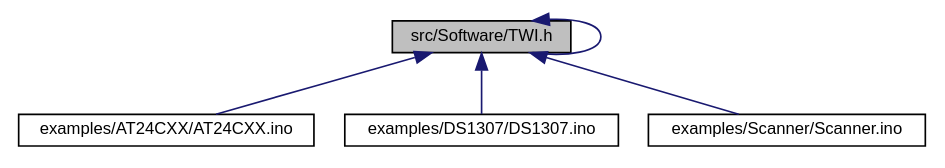
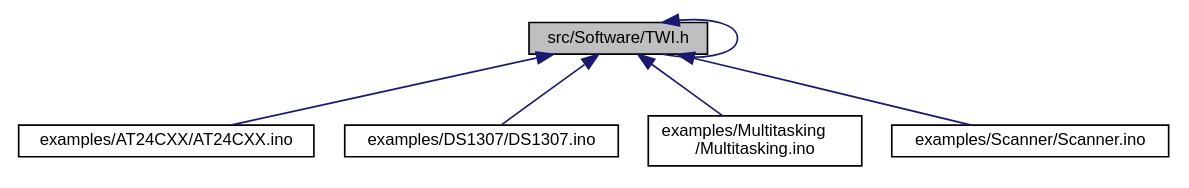
One commit to mikaelpatel/mikaelpatel.github.io changed the diagram in Arduino-TWI/d9/d8c/Software_2TWI_8h__dep__incl.dot. Above: the diagram before and after it, drawn with Graphviz. The commit also changed 170 other files, not shown here.

```diff
--- a/Arduino-TWI/d9/d8c/Software_2TWI_8h__dep__incl.dot
+++ b/Arduino-TWI/d9/d8c/Software_2TWI_8h__dep__incl.dot
@@ -1,13 +1,15 @@
 digraph "src/Software/TWI.h"
 {
   edge [fontname="Helvetica",fontsize="10",labelfontname="Helvetica",labelfontsize="10"];
   node [fontname="Helvetica",fontsize="10",shape=record];
   Node1 [label="src/Software/TWI.h",height=0.2,width=0.4,color="black", fillcolor="grey75", style="filled", fontcolor="black"];
   Node1 -> Node1 [dir="back",color="midnightblue",fontsize="10",style="solid",fontname="Helvetica"];
   Node1 -> Node2 [dir="back",color="midnightblue",fontsize="10",style="solid",fontname="Helvetica"];
   Node2 [label="examples/AT24CXX/AT24CXX.ino",height=0.2,width=0.4,color="black", fillcolor="white", style="filled",URL="$de/d62/AT24CXX_8ino.html"];
   Node1 -> Node3 [dir="back",color="midnightblue",fontsize="10",style="solid",fontname="Helvetica"];
   Node3 [label="examples/DS1307/DS1307.ino",height=0.2,width=0.4,color="black", fillcolor="white", style="filled",URL="$d3/d10/DS1307_8ino.html"];
   Node1 -> Node4 [dir="back",color="midnightblue",fontsize="10",style="solid",fontname="Helvetica"];
-  Node4 [label="examples/Scanner/Scanner.ino",height=0.2,width=0.4,color="black", fillcolor="white", style="filled",URL="$dd/da4/Scanner_8ino.html"];
+  Node4 [label="examples/Multitasking\l/Multitasking.ino",height=0.2,width=0.4,color="black", fillcolor="white", style="filled",URL="$d0/df3/Multitasking_8ino.html"];
+  Node1 -> Node5 [dir="back",color="midnightblue",fontsize="10",style="solid",fontname="Helvetica"];
+  Node5 [label="examples/Scanner/Scanner.ino",height=0.2,width=0.4,color="black", fillcolor="white", style="filled",URL="$dd/da4/Scanner_8ino.html"];
 }
```
